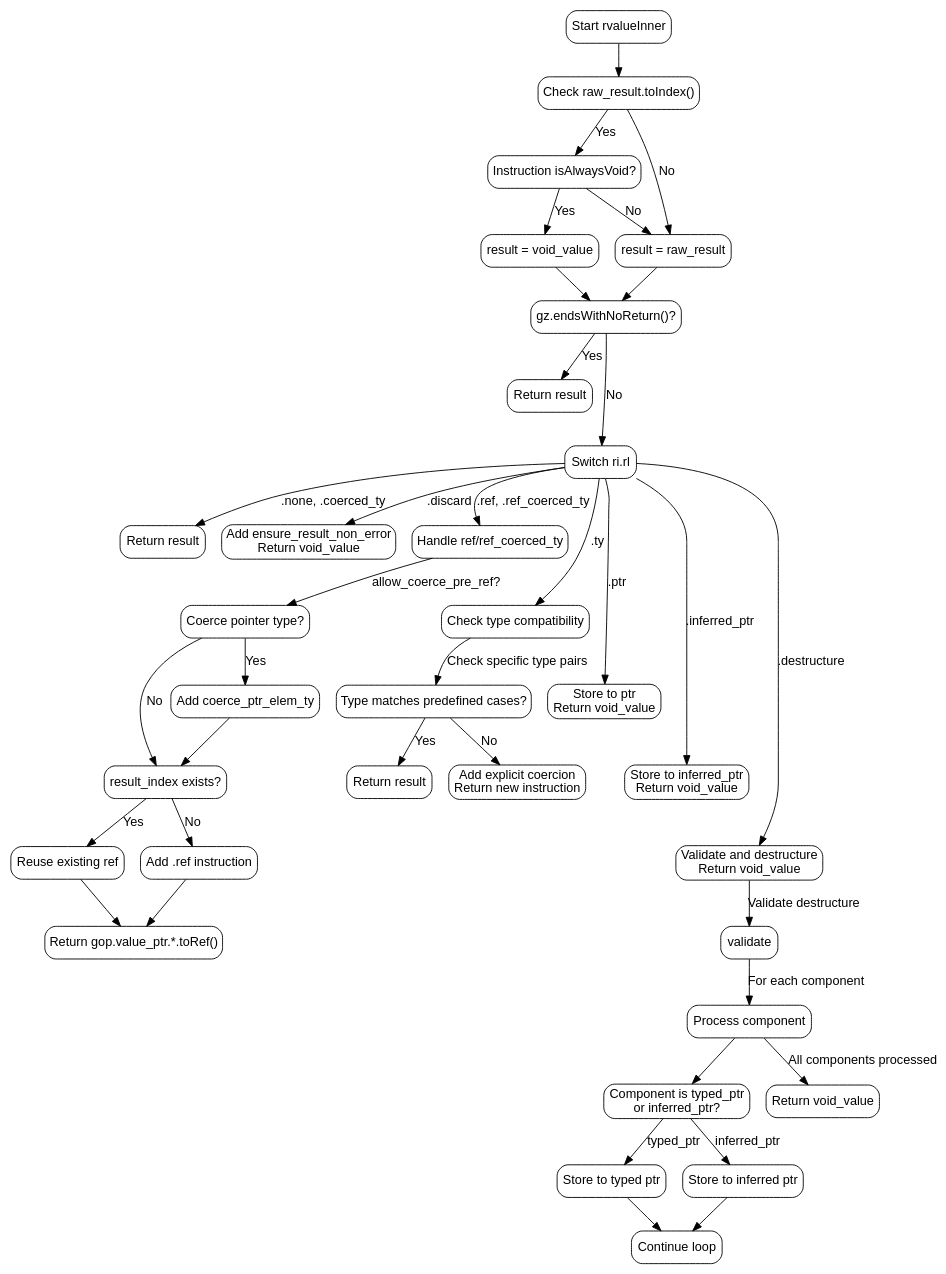
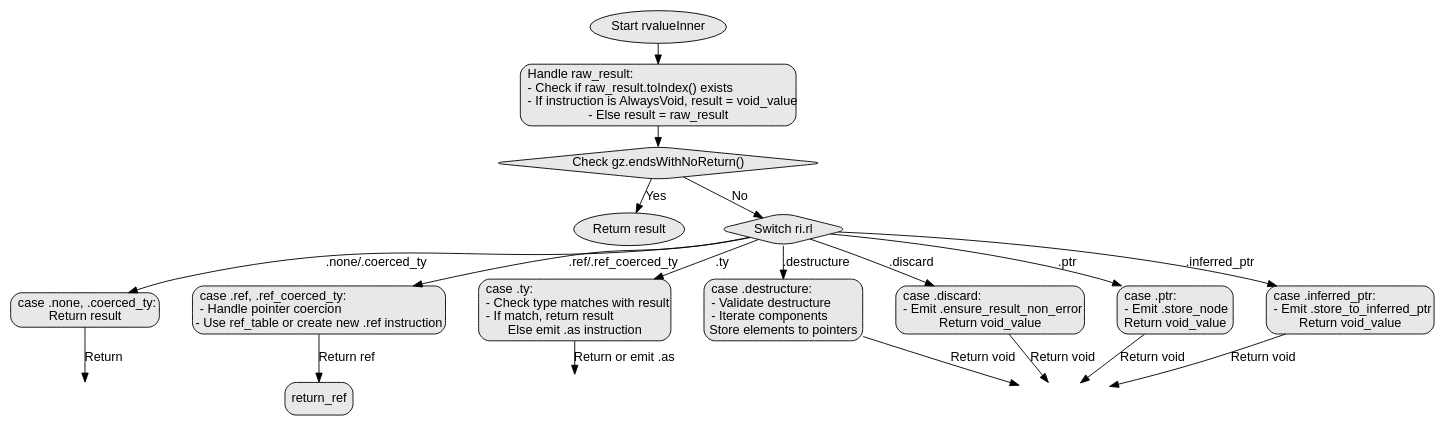
The diagram in dot_std/zig/AstGen.zig.rvalueInner.md (sdzx-1/deepseek-zig-reader), drawn with Graphviz before and after one commit. The commit also changed other lines of this file and 236 other files, not shown here.

````diff
--- a/dot_std/zig/AstGen.zig.rvalueInner.md
+++ b/dot_std/zig/AstGen.zig.rvalueInner.md
@@ -17,86 +17,50 @@
-```dot
-digraph flowchart {
-    node [shape=rectangle, style="rounded", fontname="Arial"];
+```graphviz
+digraph rvalueInner {
+    graph [fontname="Arial", nodesep=0.5, ranksep=0.3];
+    node [fontname="Arial", shape=box, style="rounded,filled", fillcolor="#e8e8e8"];
     edge [fontname="Arial"];
 
-    start [label="Start rvalueInner"];
-    check_raw_result [label="Check raw_result.toIndex()"];
-    is_always_void [label="Instruction isAlwaysVoid?"];
-    result_void [label="result = void_value"];
-    result_raw [label="result = raw_result"];
-    check_ends_with_noreturn [label="gz.endsWithNoReturn()?"];
-    return_result_early [label="Return result"];
-    switch_ri_rl [label="Switch ri.rl"];
-    rl_none_coerced [label="Return result"];
-    rl_discard [label="Add ensure_result_non_error\nReturn void_value"];
-    rl_ref [label="Handle ref/ref_coerced_ty"];
-    rl_ty [label="Check type compatibility"];
-    rl_ptr [label="Store to ptr\nReturn void_value"];
-    rl_inferred_ptr [label="Store to inferred_ptr\nReturn void_value"];
-    rl_destructure [label="Validate and destructure\nReturn void_value"];
+    start [label="Start rvalueInner", shape=ellipse];
+    handle_raw_result [label="Handle raw_result:\l- Check if raw_result.toIndex() exists\l- If instruction is AlwaysVoid, result = void_value\l- Else result = raw_result"];
+    check_noreturn [label="Check gz.endsWithNoReturn()", shape=diamond];
+    return_result_early [label="Return result", shape=ellipse];
+    switch_rl [label="Switch ri.rl", shape=diamond];
+    
+    /* Switch cases */
+    case_none_coerced [label="case .none, .coerced_ty:\lReturn result"];
+    case_discard [label="case .discard:\l- Emit .ensure_result_non_error\lReturn void_value"];
+    case_ref [label="case .ref, .ref_coerced_ty:\l- Handle pointer coercion\l- Use ref_table or create new .ref instruction"];
+    case_ty [label="case .ty:\l- Check type matches with result\l- If match, return result\lElse emit .as instruction"];
+    case_ptr [label="case .ptr:\l- Emit .store_node\lReturn void_value"];
+    case_inferred_ptr [label="case .inferred_ptr:\l- Emit .store_to_inferred_ptr\lReturn void_value"];
+    case_destructure [label="case .destructure:\l- Validate destructure\l- Iterate components\lStore elements to pointers"];
 
-    start -> check_raw_result;
-    check_raw_result -> is_always_void [label="Yes"];
-    check_raw_result -> result_raw [label="No"];
-    is_always_void -> result_void [label="Yes"];
-    is_always_void -> result_raw [label="No"];
-    result_void -> check_ends_with_noreturn;
-    result_raw -> check_ends_with_noreturn;
+    /* Edges */
+    start -> handle_raw_result;
+    handle_raw_result -> check_noreturn;
+    
+    check_noreturn -> return_result_early [label="Yes"];
+    check_noreturn -> switch_rl [label="No"];
+    
+    switch_rl -> case_none_coerced [label=".none/.coerced_ty"];
+    switch_rl -> case_discard [label=".discard"];
+    switch_rl -> case_ref [label=".ref/.ref_coerced_ty"];
+    switch_rl -> case_ty [label=".ty"];
+    switch_rl -> case_ptr [label=".ptr"];
+    switch_rl -> case_inferred_ptr [label=".inferred_ptr"];
+    switch_rl -> case_destructure [label=".destructure"];
+    
+    case_none_coerced -> return_result [label="Return"];
+    case_discard -> return_void [label="Return void"];
+    case_ref -> return_ref [label="Return ref"];
+    case_ty -> return_result_or_emit_as [label="Return or emit .as"];
+    case_ptr -> return_void [label="Return void"];
+    case_inferred_ptr -> return_void [label="Return void"];
+    case_destructure -> return_void [label="Return void"];
 
-    check_ends_with_noreturn -> return_result_early [label="Yes"];
-    check_ends_with_noreturn -> switch_ri_rl [label="No"];
-
-    switch_ri_rl -> rl_none_coerced [label=".none, .coerced_ty"];
-    switch_ri_rl -> rl_discard [label=".discard"];
-    switch_ri_rl -> rl_ref [label=".ref, .ref_coerced_ty"];
-    switch_ri_rl -> rl_ty [label=".ty"];
-    switch_ri_rl -> rl_ptr [label=".ptr"];
-    switch_ri_rl -> rl_inferred_ptr [label=".inferred_ptr"];
-    switch_ri_rl -> rl_destructure [label=".destructure"];
-
-    rl_ref -> ref_coerce_check [label="allow_coerce_pre_ref?"];
-    ref_coerce_check [label="Coerce pointer type?"];
-    ref_coerce_check -> add_coerce [label="Yes"];
-    ref_coerce_check -> check_result_index [label="No"];
-    add_coerce [label="Add coerce_ptr_elem_ty"];
-    add_coerce -> check_result_index;
-    check_result_index [label="result_index exists?"];
-    check_result_index -> add_ref_inst [label="No"];
-    check_result_index -> reuse_ref [label="Yes"];
-    add_ref_inst [label="Add .ref instruction"];
-    reuse_ref [label="Reuse existing ref"];
-    add_ref_inst -> return_ref;
-    reuse_ref -> return_ref;
-    return_ref [label="Return gop.value_ptr.*.toRef()"];
-
-    rl_ty -> type_match_check [label="Check specific type pairs"];
-    type_match_check [label="Type matches predefined cases?"];
-    type_match_check -> return_result [label="Yes"];
-    type_match_check -> add_as_inst [label="No"];
-    return_result [label="Return result"];
-    add_as_inst [label="Add explicit coercion\nReturn new instruction"];
-
-    rl_destructure -> validate [label="Validate destructure"];
-    validate -> loop_components [label="For each component"];
-    loop_components [label="Process component"];
-    loop_components -> check_component_type;
-    check_component_type [label="Component is typed_ptr\nor inferred_ptr?"];
-    check_component_type -> store_typed_ptr [label="typed_ptr"];
-    check_component_type -> store_inferred_ptr [label="inferred_ptr"];
-    store_typed_ptr [label="Store to typed ptr"];
-    store_inferred_ptr [label="Store to inferred ptr"];
-    store_typed_ptr -> continue_loop;
-    store_inferred_ptr -> continue_loop;
-    continue_loop [label="Continue loop"];
-    loop_components -> end_loop [label="All components processed"];
-    end_loop [label="Return void_value"];
-
-    // Hidden edges to align nodes
-    edge [style=invis];
-    return_result_early -> switch_ri_rl;
-    rl_ref -> rl_ty;
-    rl_ty -> rl_ptr;
-    rl_ptr -> rl_inferred_ptr;
-    rl_inferred_ptr -> rl_destructure;
+    /* Hidden nodes for alignment */
+    return_result [label="Return result", shape=ellipse, style=invis];
+    return_void [label="Return void_value", shape=ellipse, style=invis];
+    return_result_or_emit_as [label="Return result\lOR Emit .as instruction", shape=ellipse, style=invis];
 }
 ```
````
